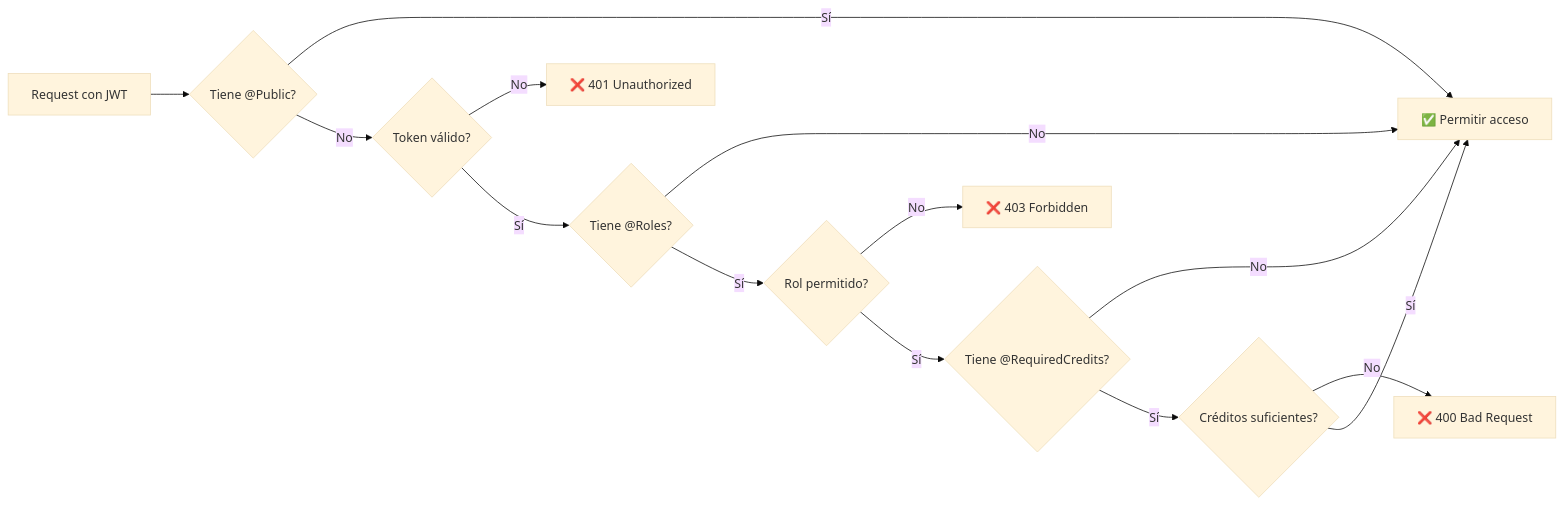
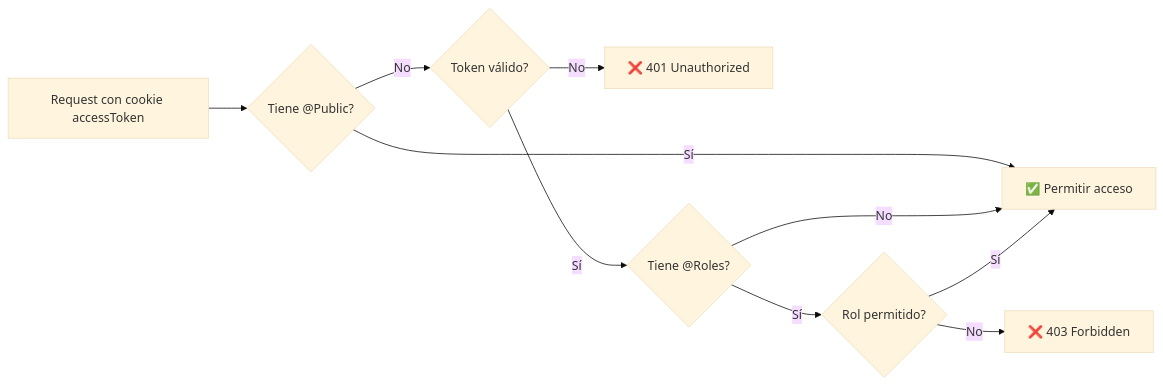
The seventh of 14 diagrams in FLUJOS.md (davitpra/backend-claw-and-soul-), drawn with Mermaid (base theme) before and after one commit. The commit also changed other lines of this file and 3 other files, not shown here.

Commit message:
feat(auth): update JWT strategy, guards, filters and flow documentation

````diff
--- a/FLUJOS.md
+++ b/FLUJOS.md
@@ -153,16 +219,12 @@
 ```mermaid
 graph LR
-    A[Request con JWT] --> B{Tiene @Public?}
+    A[Request con cookie accessToken] --> B{Tiene @Public?}
     B -->|Sí| E[✅ Permitir acceso]
     B -->|No| C{Token válido?}
     C -->|No| D[❌ 401 Unauthorized]
     C -->|Sí| F{Tiene @Roles?}
     F -->|No| E
     F -->|Sí| G{Rol permitido?}
     G -->|No| H[❌ 403 Forbidden]
-    G -->|Sí| I{Tiene @RequiredCredits?}
-    I -->|No| E
-    I -->|Sí| J{Créditos suficientes?}
-    J -->|No| K[❌ 400 Bad Request]
-    J -->|Sí| E
+    G -->|Sí| E
 ```
````
